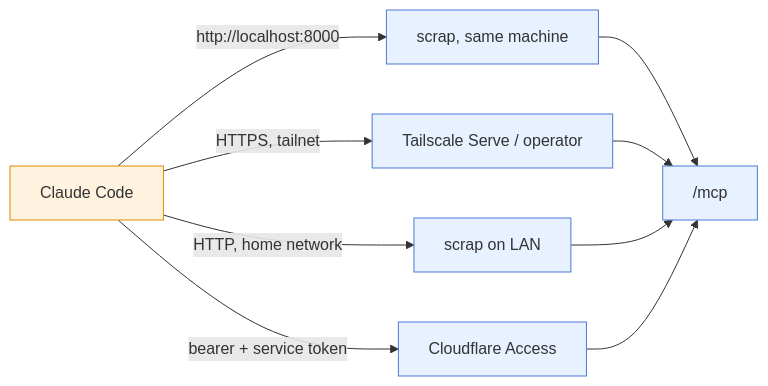
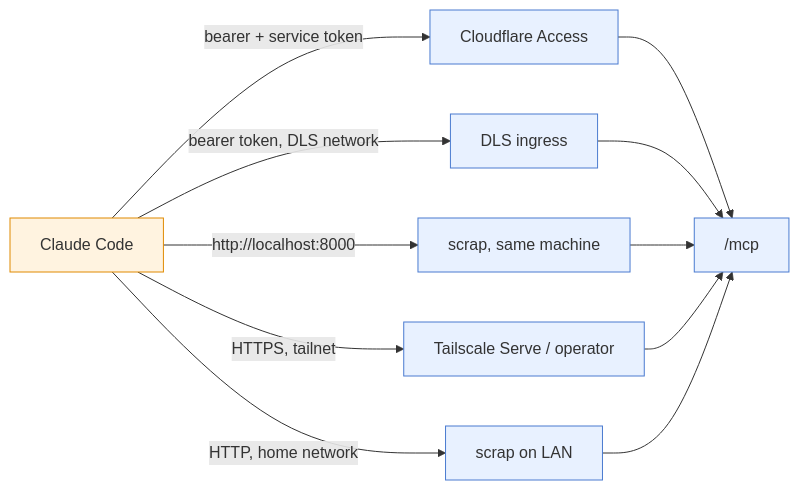
Before and after one commit to gilesknap/scrap: the diagram in docs/how-to/connect-claude-code.md, drawn with Mermaid. The commit also changed other lines of this file and 12 other files, not shown here.

````diff
--- a/docs/how-to/connect-claude-code.md
+++ b/docs/how-to/connect-claude-code.md
@@ -8,15 +9,17 @@
 ```mermaid
 flowchart LR
-    CC["Claude Code"] -->|"http://localhost:8000"| L["scrap, same machine"]
+    CC["Claude Code"] -->|"bearer + service token"| CF["Cloudflare Access"]
+    CC -->|"bearer token, DLS network"| D["DLS ingress"]
+    CC -->|"http://localhost:8000"| L["scrap, same machine"]
     CC -->|"HTTPS, tailnet"| T["Tailscale Serve / operator"]
     CC -->|"HTTP, home network"| N["scrap on LAN"]
-    CC -->|"bearer + service token"| CF["Cloudflare Access"]
-    L --> M["/mcp"]
+    CF --> M["/mcp"]
+    D --> M
+    L --> M
     T --> M
     N --> M
-    CF --> M
     classDef claude fill:#fff3e0,stroke:#e08a00
     classDef store fill:#e8f1ff,stroke:#4a7bd0
     class CC claude
-    class L,T,N,CF,M store
+    class L,T,N,CF,D,M store
 ```
````
